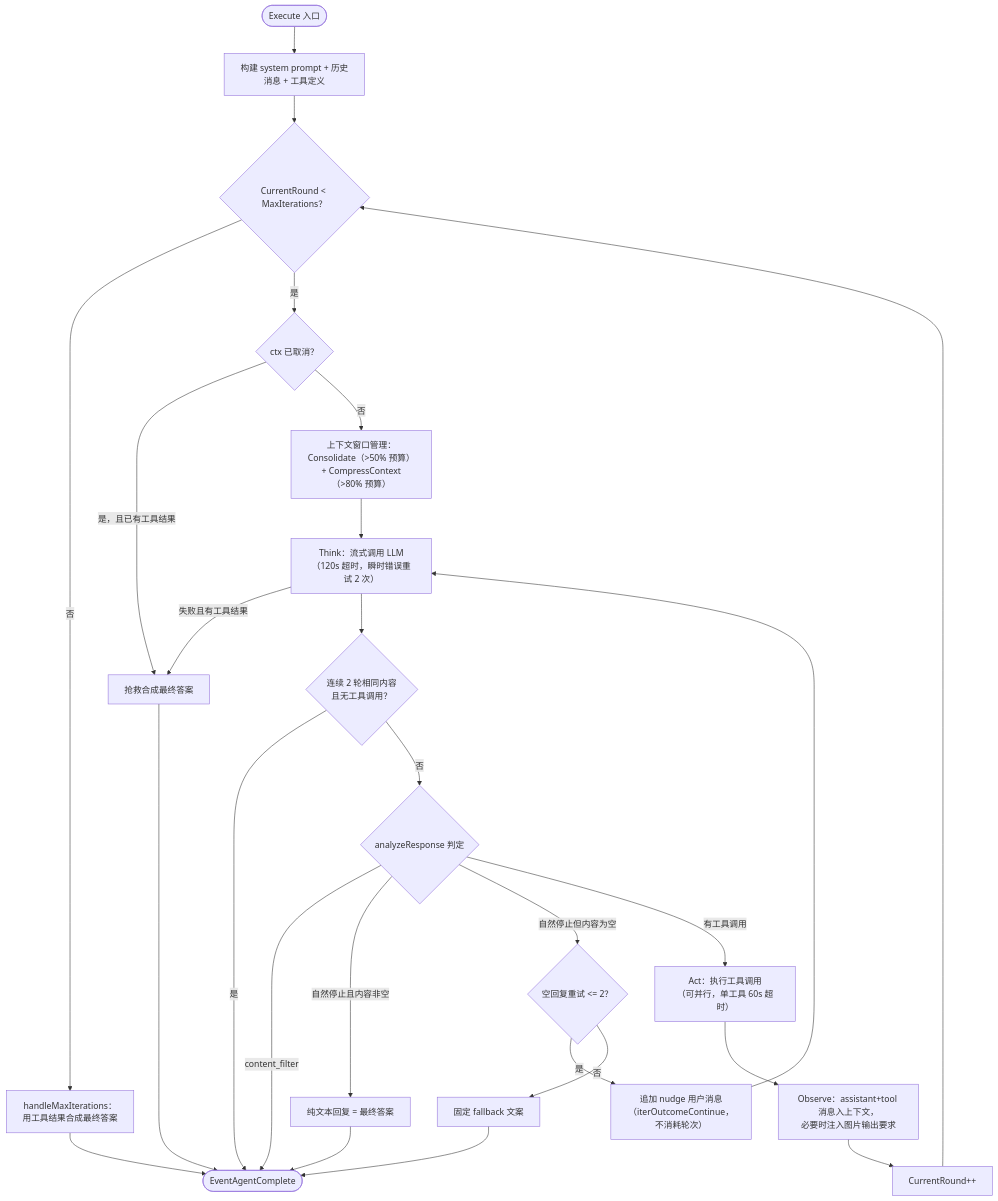
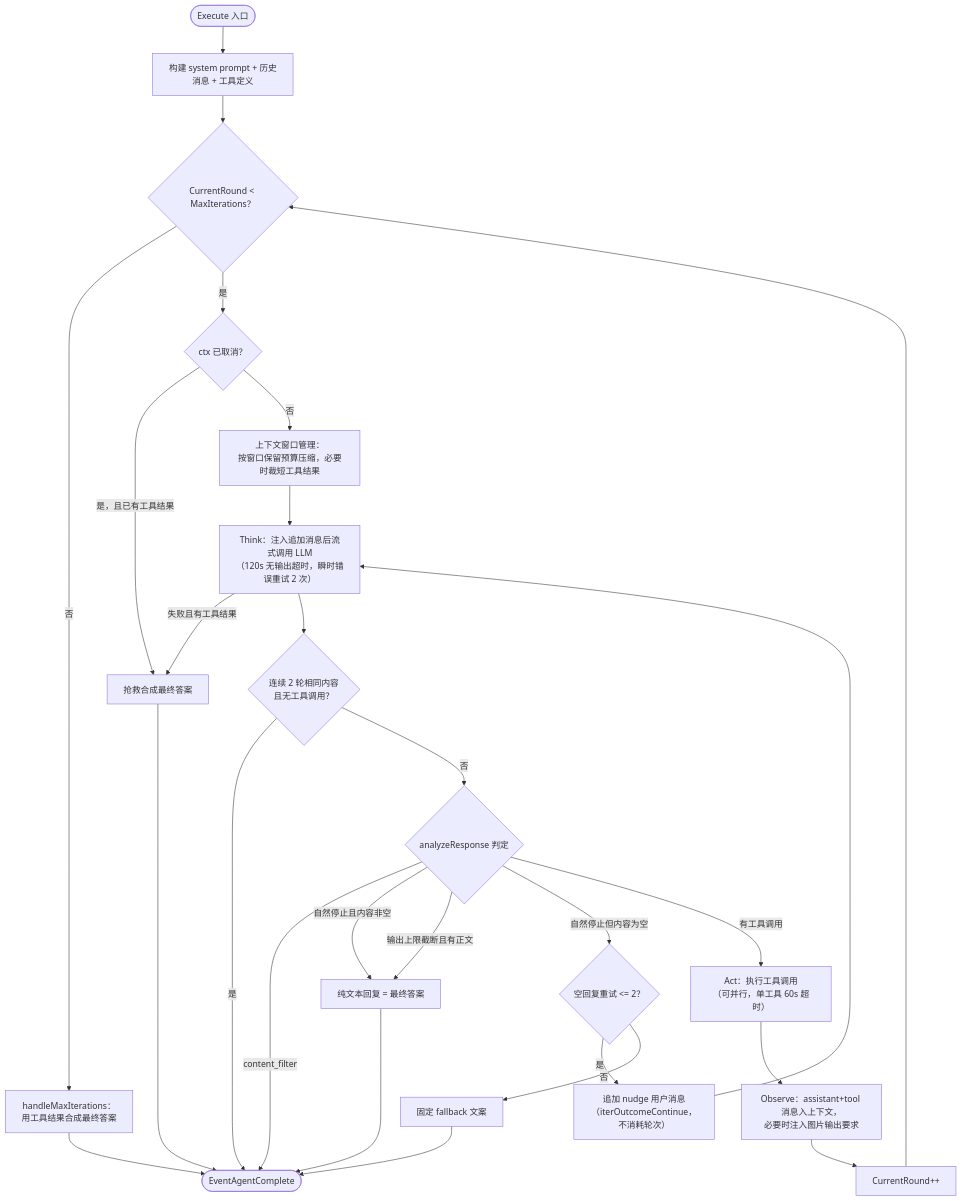
Before and after one commit to Asoclaw/weknora-personal: the second of 3 diagrams in website-docs/03-features/07-agent.md, drawn with Mermaid. The commit also changed other lines of this file and 2529 other files, not shown here.

````diff
--- a/website-docs/03-features/07-agent.md
+++ b/website-docs/03-features/07-agent.md
@@ -232,23 +376,24 @@
 ```mermaid
 flowchart TD
     START(["Execute 入口"]) --> INIT["构建 system prompt + 历史消息 + 工具定义"]
     INIT --> CHECK{"CurrentRound < MaxIterations？"}
     CHECK -- "否" --> MAXED["handleMaxIterations：<br/>用工具结果合成最终答案"]
     MAXED --> DONE(["EventAgentComplete"])
     CHECK -- "是" --> CANCEL{"ctx 已取消？"}
     CANCEL -- "是，且已有工具结果" --> SALVAGE["抢救合成最终答案"] --> DONE
-    CANCEL -- "否" --> CTXMGMT["上下文窗口管理：<br/>Consolidate（>50% 预算）+ CompressContext（>80% 预算）"]
-    CTXMGMT --> THINK["Think：流式调用 LLM<br/>（120s 超时，瞬时错误重试 2 次）"]
+    CANCEL -- "否" --> CTXMGMT["上下文窗口管理：<br/>按窗口保留预算压缩，必要时裁短工具结果"]
+    CTXMGMT --> THINK["Think：注入追加消息后流式调用 LLM<br/>（120s 无输出超时，瞬时错误重试 2 次）"]
     THINK -- "失败且有工具结果" --> SALVAGE
     THINK --> STUCK{"连续 2 轮相同内容<br/>且无工具调用？"}
     STUCK -- "是" --> DONE
     STUCK -- "否" --> ANALYZE{"analyzeResponse 判定"}
     ANALYZE -- "content_filter" --> DONE
     ANALYZE -- "自然停止且内容非空" --> FINAL["纯文本回复 = 最终答案"] --> DONE
+    ANALYZE -- "输出上限截断且有正文" --> FINAL
     ANALYZE -- "自然停止但内容为空" --> EMPTY{"空回复重试 <= 2？"}
     EMPTY -- "是" --> NUDGE["追加 nudge 用户消息<br/>（iterOutcomeContinue，不消耗轮次）"] --> THINK
     EMPTY -- "否" --> FALLBACK["固定 fallback 文案"] --> DONE
     ANALYZE -- "有工具调用" --> ACT["Act：执行工具调用<br/>（可并行，单工具 60s 超时）"]
     ACT --> OBSERVE["Observe：assistant+tool 消息入上下文，<br/>必要时注入图片输出要求"]
     OBSERVE --> NEXT["CurrentRound++"] --> CHECK
 ```
````
